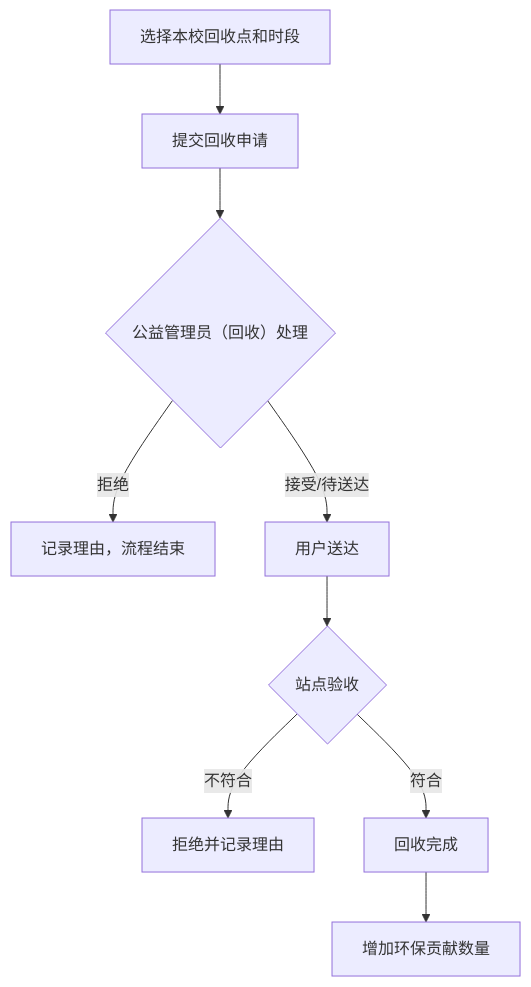
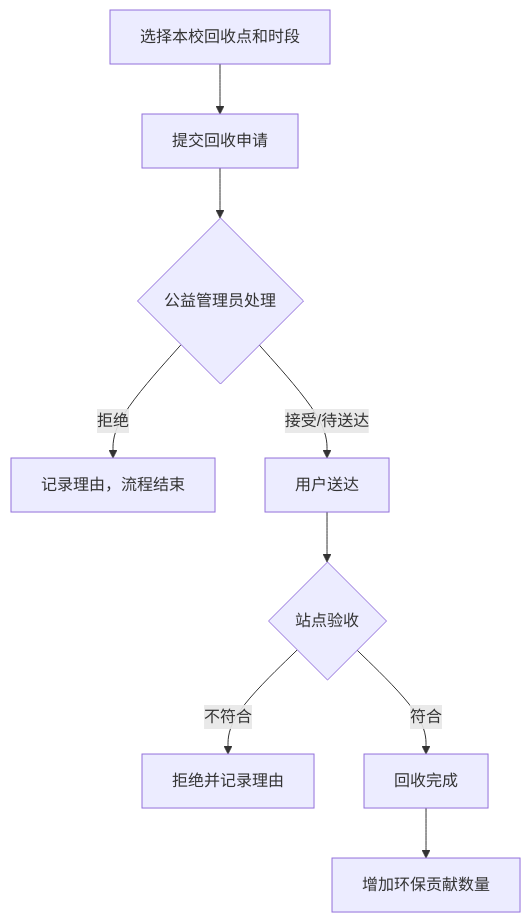
One commit to zhouPi-314/qinghe-circle-campus changed the fifth of 7 diagrams in docs/6.1-requirements/业务流程图.md. Above: the diagram before and after it, drawn with Mermaid. The commit also changed other lines of this file and 53 other files, not shown here.

````diff
--- a/docs/6.1-requirements/业务流程图.md
+++ b/docs/6.1-requirements/业务流程图.md
@@ -94,11 +94,11 @@
 ```mermaid
 flowchart TD
     A[选择本校回收点和时段] --> B[提交回收申请]
-    B --> C{公益管理员（回收）处理}
+    B --> C{公益管理员处理}
     C -->|拒绝| D[记录理由，流程结束]
     C -->|接受/待送达| E[用户送达]
     E --> F{站点验收}
     F -->|不符合| G[拒绝并记录理由]
     F -->|符合| H[回收完成]
     H --> I[增加环保贡献数量]
 ```
````
